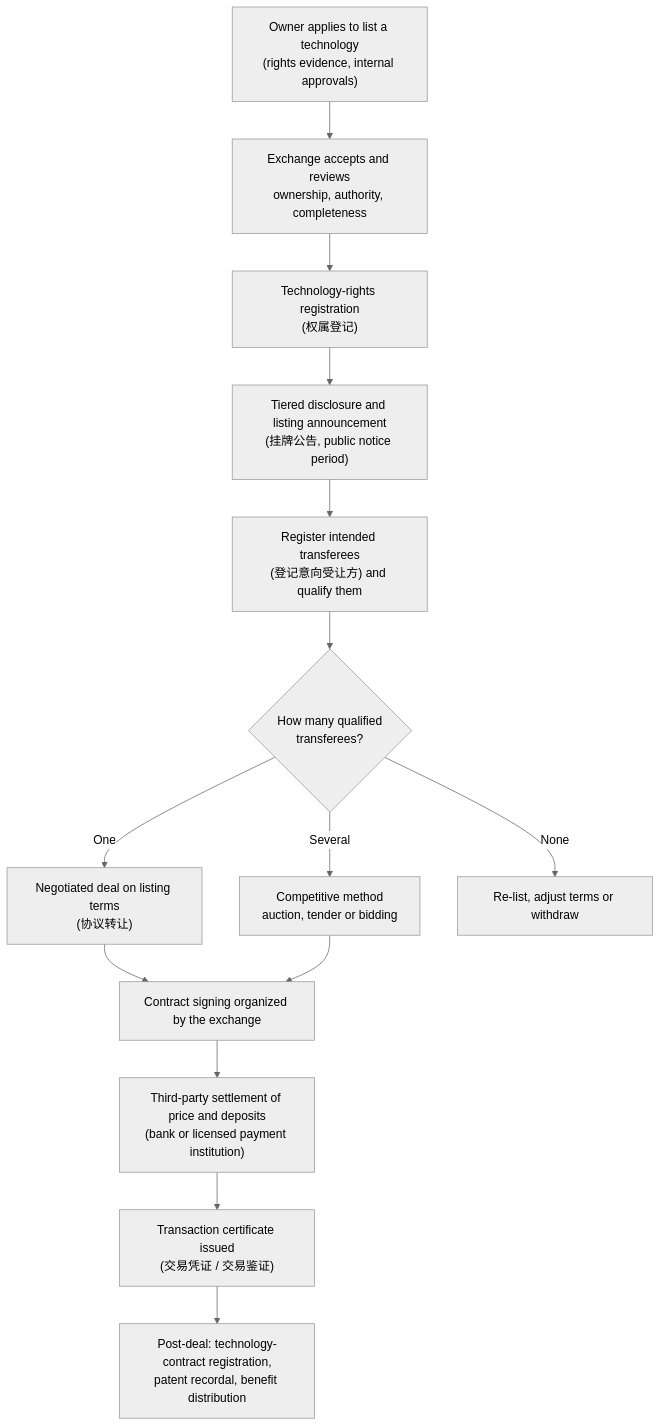
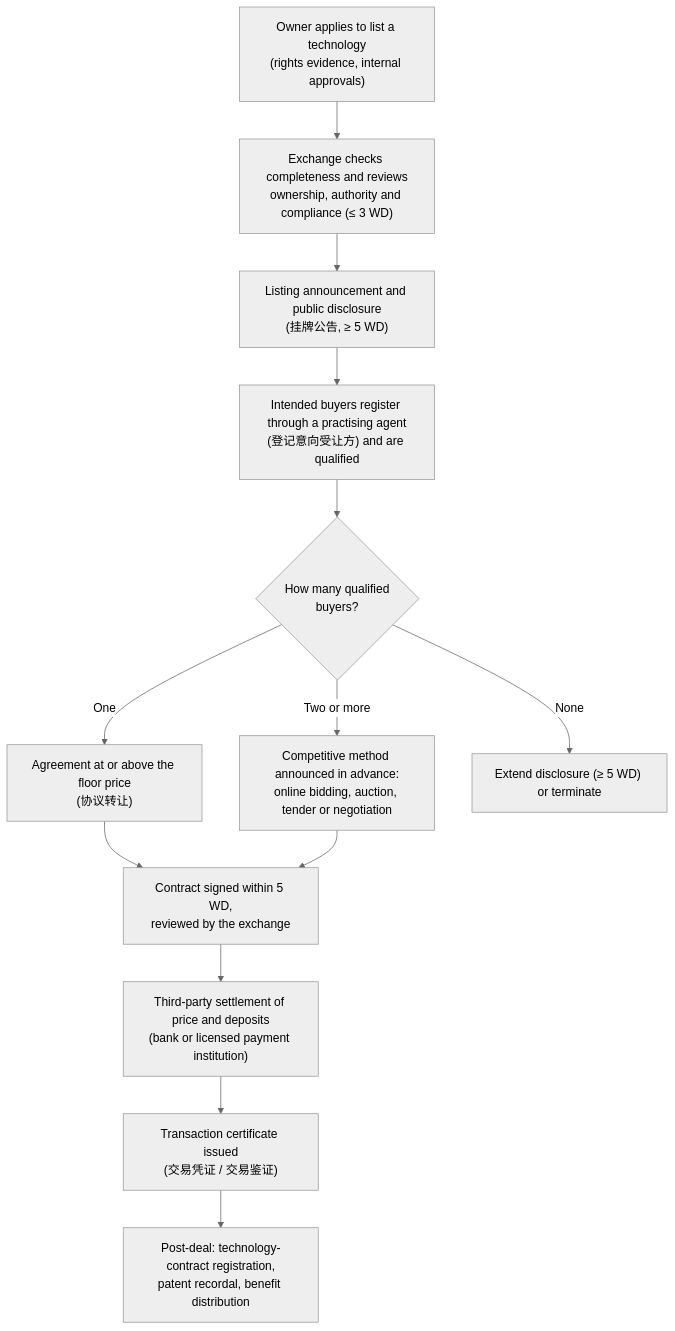
One commit to greensoft-atom/tex-platform changed the second of 3 diagrams in 02-stex-vs-netc-scale-and-scope.md. Above: the diagram before and after it, drawn with Mermaid (neutral theme). The commit also changed other lines of this file and 615 other files, not shown here.

````diff
--- a/02-stex-vs-netc-scale-and-scope.md
+++ b/02-stex-vs-netc-scale-and-scope.md
@@ -126,16 +126,15 @@
 ```mermaid
 flowchart TD
-    A["Owner applies to list a technology<br/>(rights evidence, internal approvals)"] --> B["Exchange accepts and reviews<br/>ownership, authority, completeness"]
-    B --> C["Technology-rights registration<br/>(权属登记)"]
-    C --> D["Tiered disclosure and listing announcement<br/>(挂牌公告, public notice period)"]
-    D --> E["Register intended transferees<br/>(登记意向受让方) and qualify them"]
-    E --> F{"How many qualified<br/>transferees?"}
-    F -->|"One"| G["Negotiated deal on listing terms<br/>(协议转让)"]
-    F -->|"Several"| H["Competitive method<br/>auction, tender or bidding"]
-    F -->|"None"| X["Re-list, adjust terms or withdraw"]
-    G --> I["Contract signing organized by the exchange"]
+    A["Owner applies to list a technology<br/>(rights evidence, internal approvals)"] --> B["Exchange checks completeness and reviews<br/>ownership, authority and compliance (≤ 3 WD)"]
+    B --> D["Listing announcement and public disclosure<br/>(挂牌公告, ≥ 5 WD)"]
+    D --> E["Intended buyers register through a practising agent<br/>(登记意向受让方) and are qualified"]
+    E --> F{"How many qualified<br/>buyers?"}
+    F -->|"One"| G["Agreement at or above the floor price<br/>(协议转让)"]
+    F -->|"Two or more"| H["Competitive method announced in advance:<br/>online bidding, auction, tender or negotiation"]
+    F -->|"None"| X["Extend disclosure (≥ 5 WD) or terminate"]
+    G --> I["Contract signed within 5 WD,<br/>reviewed by the exchange"]
     H --> I
     I --> J["Third-party settlement of price and deposits<br/>(bank or licensed payment institution)"]
     J --> K["Transaction certificate issued<br/>(交易凭证 / 交易鉴证)"]
     K --> L["Post-deal: technology-contract registration,<br/>patent recordal, benefit distribution"]
 ```
````
